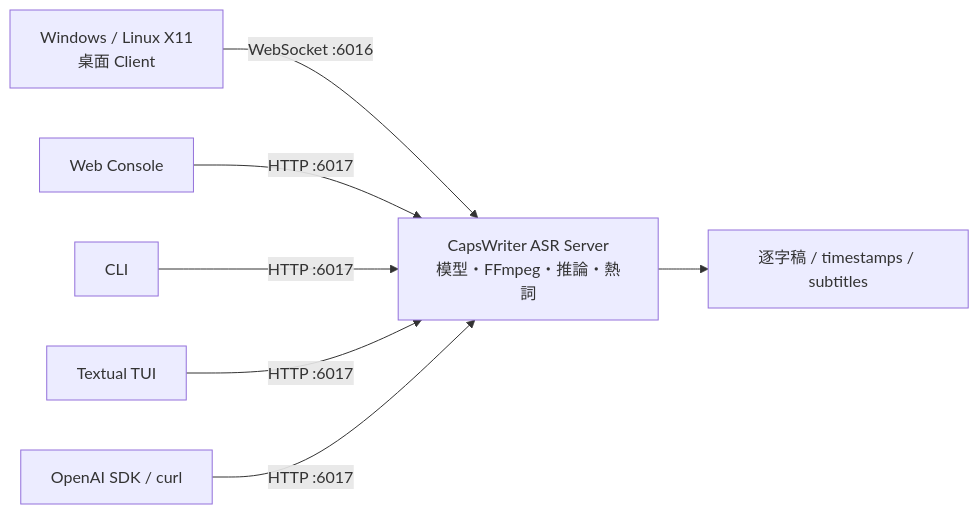
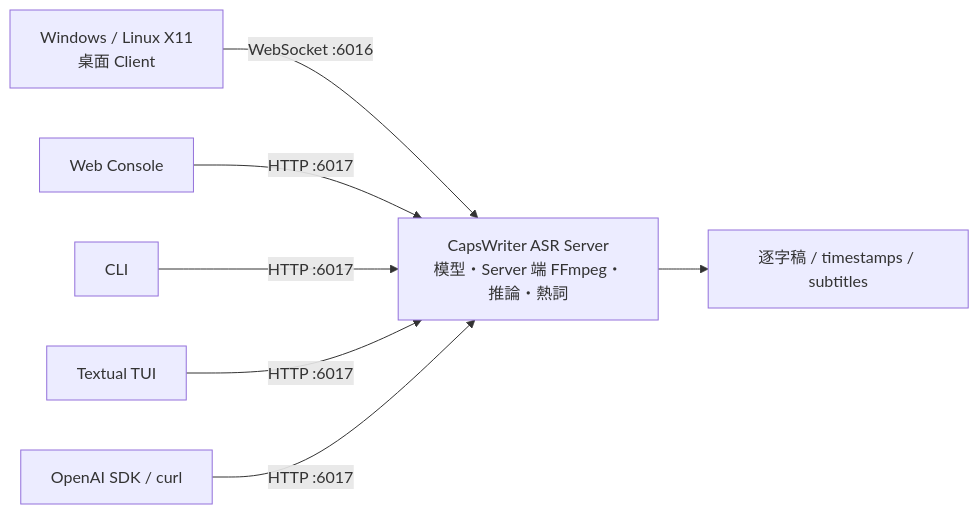
One commit to DF-wu/CapsWriter-Offline-Container changed the diagram in readme.md. Above: the diagram before and after it, drawn with Mermaid. The commit also changed other lines of this file and 13 other files, not shown here.

````diff
--- a/readme.md
+++ b/readme.md
@@ -19,9 +19,9 @@
 ```mermaid
 flowchart LR
-    D[Windows / Linux X11<br/>桌面 Client] -->|WebSocket :6016| S[CapsWriter ASR Server<br/>模型・FFmpeg・推論・熱詞]
+    D[Windows / Linux X11<br/>桌面 Client] -->|WebSocket :6016| S[CapsWriter ASR Server<br/>模型・Server 端 FFmpeg・推論・熱詞]
     W[Web Console] -->|HTTP :6017| S
     C[CLI] -->|HTTP :6017| S
     T[Textual TUI] -->|HTTP :6017| S
     O[OpenAI SDK / curl] -->|HTTP :6017| S
     S --> R[逐字稿 / timestamps / subtitles]
 ```
````
